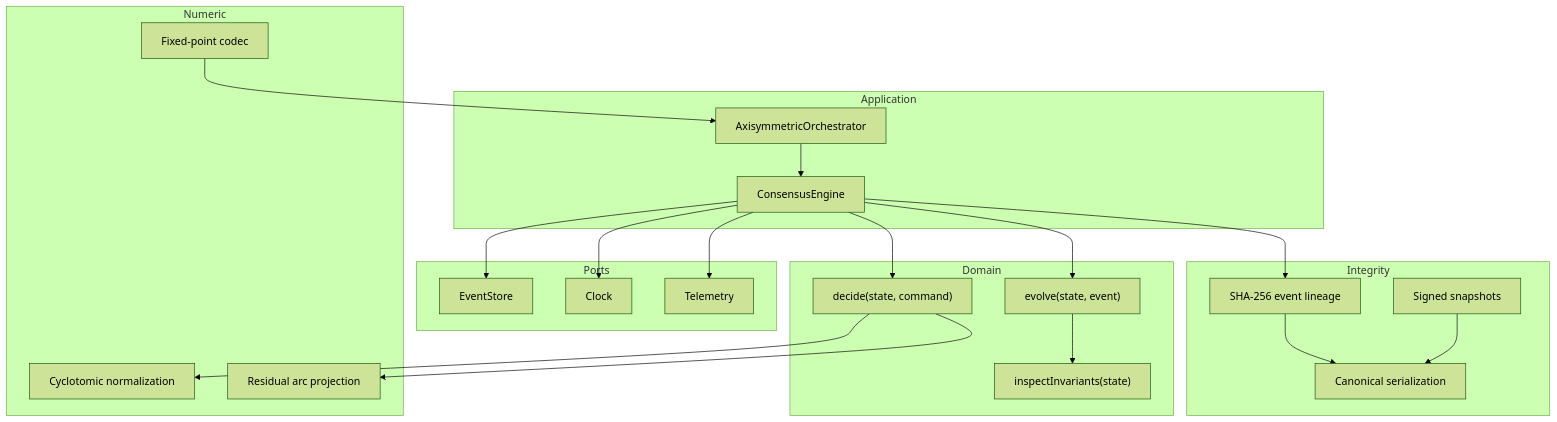
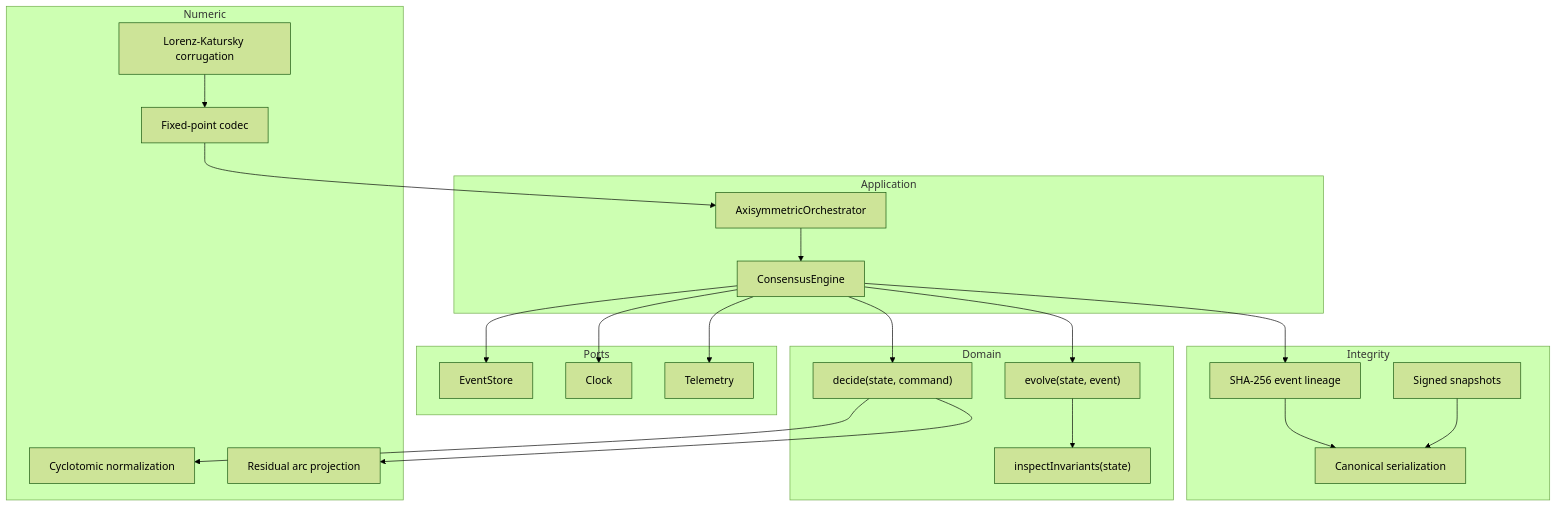
The diagram in docs/architecture.md (nullroar/axisymmetric-kinematic-consensus), drawn with Mermaid (forest theme) before and after one commit. The commit also changed 7 other files, not shown here.

Commit message:
Implement Lorenz-Katursky variance corrugation

````diff
--- a/docs/architecture.md
+++ b/docs/architecture.md
@@ -10,41 +10,43 @@
 ```mermaid
 flowchart TB
   subgraph Application
     O["AxisymmetricOrchestrator"]
     E["ConsensusEngine"]
   end
   subgraph Domain
     D["decide(state, command)"]
     R["evolve(state, event)"]
     I["inspectInvariants(state)"]
   end
   subgraph Numeric
     C["Cyclotomic normalization"]
     P["Residual arc projection"]
+    LK["Lorenz-Katursky corrugation"]
     F["Fixed-point codec"]
   end
   subgraph Integrity
     H["Canonical serialization"]
     L["SHA-256 event lineage"]
     N["Signed snapshots"]
   end
   subgraph Ports
     ES["EventStore"]
     CL["Clock"]
     T["Telemetry"]
   end
 
   O --> E
   E --> ES
   E --> CL
   E --> T
   E --> D
   E --> R
   D --> C
   D --> P
+  LK --> F
   R --> I
   E --> L
   L --> H
   N --> H
   F --> O
 ```
````
